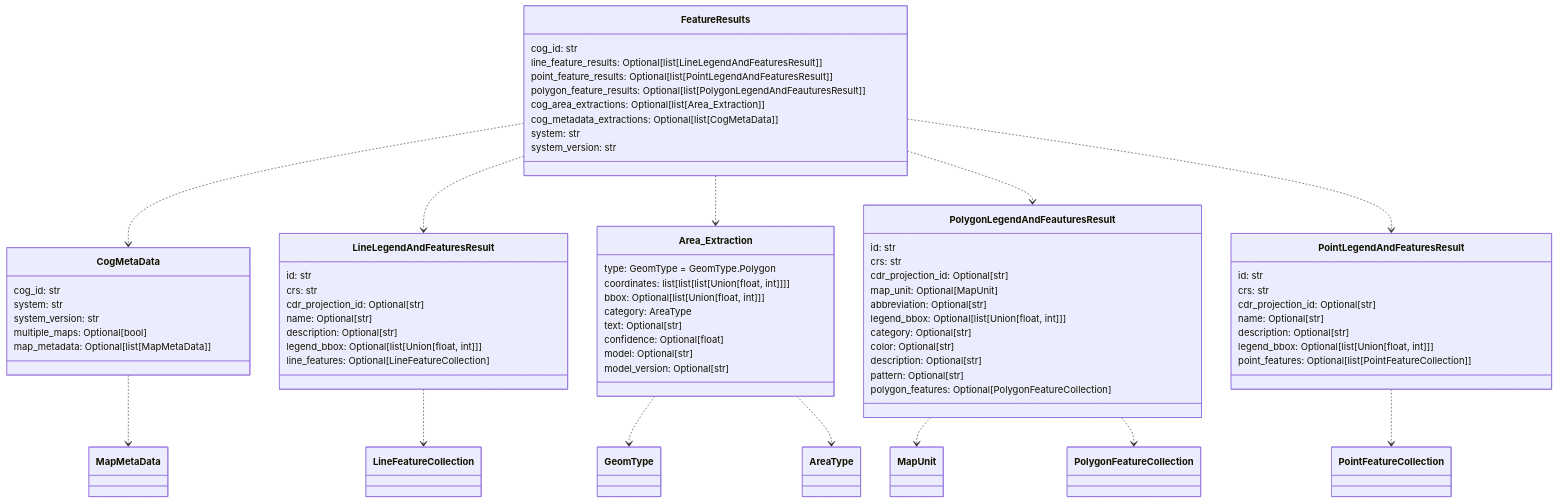
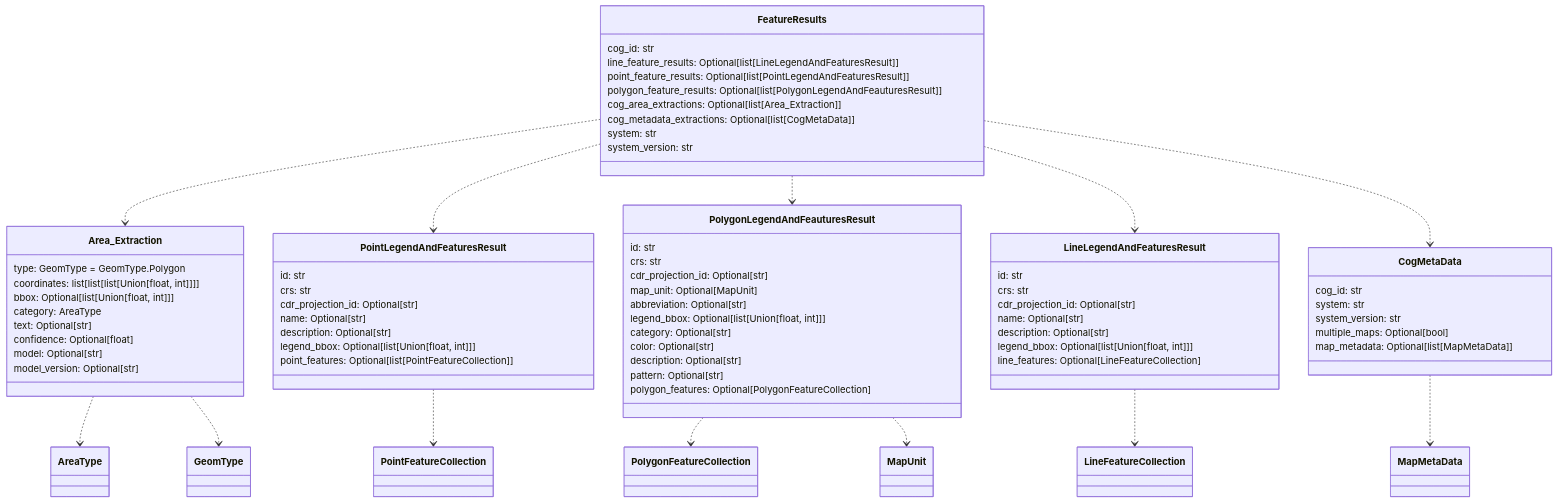
The fourth of 12 diagrams in README.md (DARPA-CRITICALMAAS/cdr_schemas), drawn with Mermaid before and after one commit. The commit also changed other lines of this file and 1 other file, not shown here.

````diff
--- a/README.md
+++ b/README.md
@@ -251,82 +251,82 @@
 ```mermaid
 classDiagram
-
-    class CogMetaData {
-        cog_id: str
-        system: str
-        system_version: str
-        multiple_maps: Optional[bool]
-        map_metadata: Optional[list[MapMetaData]]
-    }
-
-    class FeatureResults {
-        cog_id: str
-        line_feature_results: Optional[list[LineLegendAndFeaturesResult]]
-        point_feature_results: Optional[list[PointLegendAndFeaturesResult]]
-        polygon_feature_results: Optional[list[PolygonLegendAndFeauturesResult]]
-        cog_area_extractions: Optional[list[Area_Extraction]]
-        cog_metadata_extractions: Optional[list[CogMetaData]]
-        system: str
-        system_version: str
-    }
-
-    class LineLegendAndFeaturesResult {
-        id: str
-        crs: str
-        cdr_projection_id: Optional[str]
-        name: Optional[str]
-        description: Optional[str]
-        legend_bbox: Optional[list[Union[float, int]]]
-        line_features: Optional[LineFeatureCollection]
-    }
 
     class Area_Extraction {
         type: GeomType = GeomType.Polygon
         coordinates: list[list[list[Union[float, int]]]]
         bbox: Optional[list[Union[float, int]]]
         category: AreaType
         text: Optional[str]
         confidence: Optional[float]
         model: Optional[str]
         model_version: Optional[str]
+    }
+
+    class PointLegendAndFeaturesResult {
+        id: str
+        crs: str
+        cdr_projection_id: Optional[str]
+        name: Optional[str]
+        description: Optional[str]
+        legend_bbox: Optional[list[Union[float, int]]]
+        point_features: Optional[list[PointFeatureCollection]]
     }
 
     class PolygonLegendAndFeauturesResult {
         id: str
         crs: str
         cdr_projection_id: Optional[str]
         map_unit: Optional[MapUnit]
         abbreviation: Optional[str]
         legend_bbox: Optional[list[Union[float, int]]]
         category: Optional[str]
         color: Optional[str]
         description: Optional[str]
         pattern: Optional[str]
         polygon_features: Optional[PolygonFeatureCollection]
     }
 
-    class PointLegendAndFeaturesResult {
+    class LineLegendAndFeaturesResult {
         id: str
         crs: str
         cdr_projection_id: Optional[str]
         name: Optional[str]
         description: Optional[str]
         legend_bbox: Optional[list[Union[float, int]]]
-        point_features: Optional[list[PointFeatureCollection]]
+        line_features: Optional[LineFeatureCollection]
     }
 
+    class FeatureResults {
+        cog_id: str
+        line_feature_results: Optional[list[LineLegendAndFeaturesResult]]
+        point_feature_results: Optional[list[PointLegendAndFeaturesResult]]
+        polygon_feature_results: Optional[list[PolygonLegendAndFeauturesResult]]
+        cog_area_extractions: Optional[list[Area_Extraction]]
+        cog_metadata_extractions: Optional[list[CogMetaData]]
+        system: str
+        system_version: str
+    }
+
+    class CogMetaData {
+        cog_id: str
+        system: str
+        system_version: str
+        multiple_maps: Optional[bool]
+        map_metadata: Optional[list[MapMetaData]]
+    }
+
+    Area_Extraction ..> AreaType
     Area_Extraction ..> GeomType
-    Area_Extraction ..> AreaType
     LineLegendAndFeaturesResult ..> LineFeatureCollection
     PointLegendAndFeaturesResult ..> PointFeatureCollection
+    PolygonLegendAndFeauturesResult ..> PolygonFeatureCollection
     PolygonLegendAndFeauturesResult ..> MapUnit
-    PolygonLegendAndFeauturesResult ..> PolygonFeatureCollection
     CogMetaData ..> MapMetaData
+    FeatureResults ..> Area_Extraction
+    FeatureResults ..> PointLegendAndFeaturesResult
+    FeatureResults ..> PolygonLegendAndFeauturesResult
+    FeatureResults ..> LineLegendAndFeaturesResult
     FeatureResults ..> CogMetaData
-    FeatureResults ..> LineLegendAndFeaturesResult
-    FeatureResults ..> Area_Extraction
-    FeatureResults ..> PolygonLegendAndFeauturesResult
-    FeatureResults ..> PointLegendAndFeaturesResult
 
 
 ```
````
